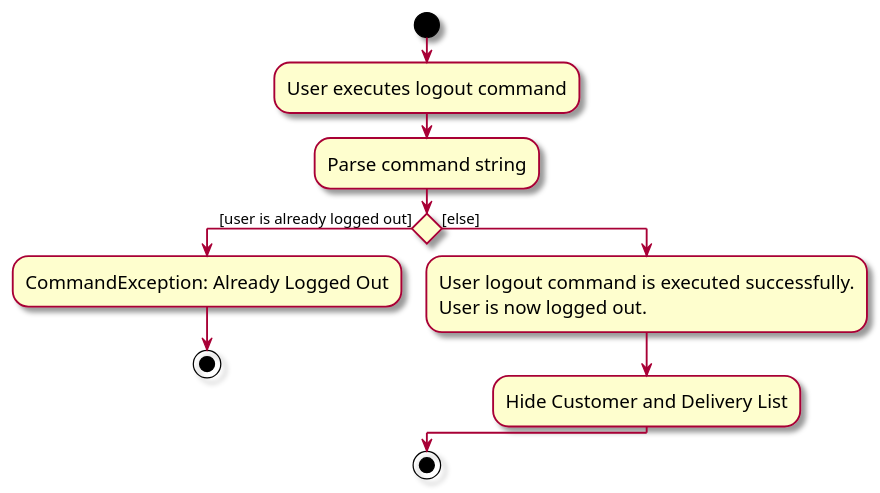
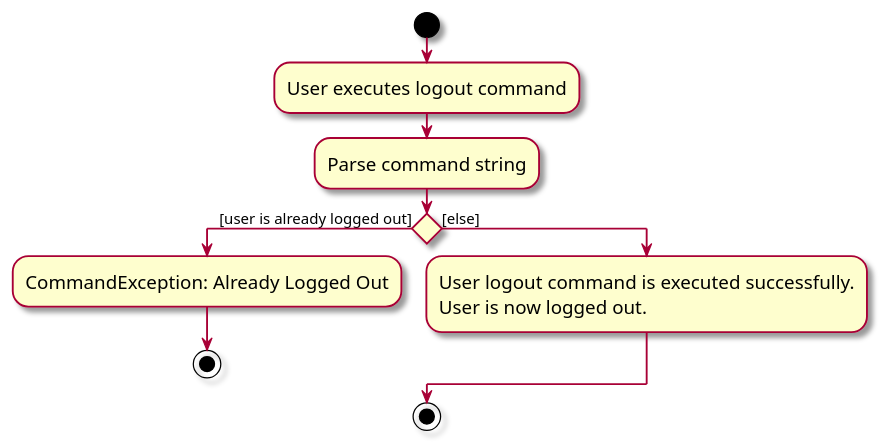
Before and after one commit to zhonghan721/tp: the diagram in diagrams/UserLogoutActivityDiagram.puml, drawn with PlantUML. The commit also changed 53 other files, not shown here.

```diff
--- a/diagrams/UserLogoutActivityDiagram.puml
+++ b/diagrams/UserLogoutActivityDiagram.puml
@@ -1,20 +1,19 @@
 @startuml
 skin rose
 skinparam ActivityFontSize 15
 skinparam ArrowFontSize 12
 !pragma useVerticalIf on
 start
 :User executes logout command;
 :Parse command string;
 
 if () then ([user is already logged out])
     :CommandException: Already Logged Out;
     stop
 else ([else])
     :User logout command is executed successfully.
     User is now logged out.;
-    :Hide Customer and Delivery List;
 endif
 
 stop
 @enduml
```
